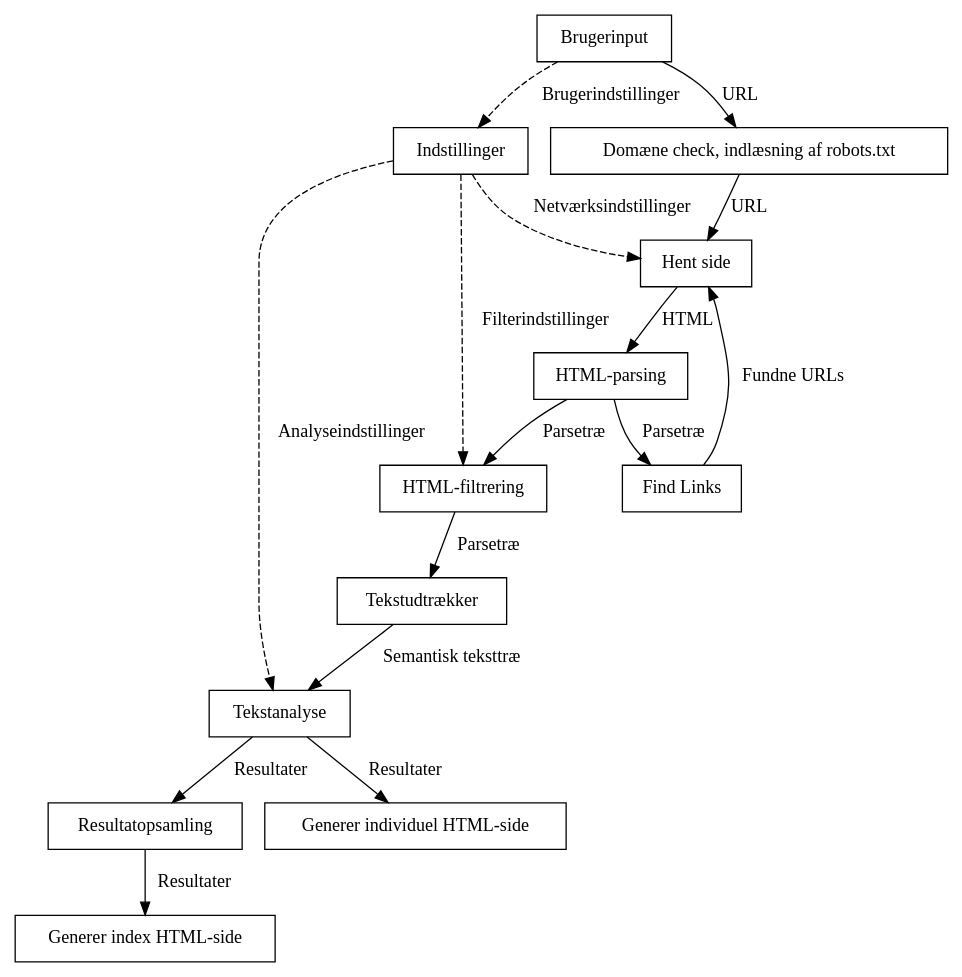
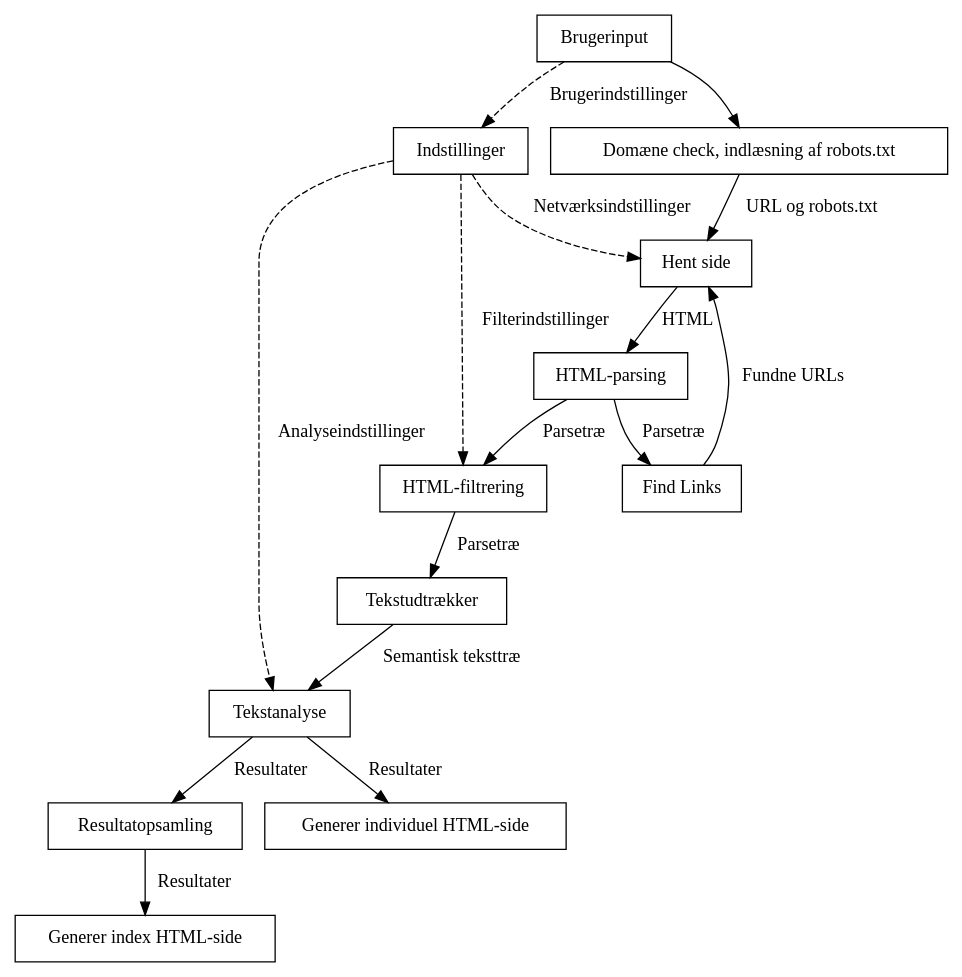
Before and after one commit to athas/webanalyzer: the diagram in rapport/endeligtdesign.dot, drawn with Graphviz. The commit also changed 1 other file, not shown here.

```diff
--- a/rapport/endeligtdesign.dot
+++ b/rapport/endeligtdesign.dot
@@ -1,38 +1,38 @@
 digraph g
 {
 //size="8,11"
 //margin=5
 //rankdir="LR";
 node[shape=box];
 //edge[arrowsize=0.7, len=0.7]
 
 Brugerinput[label="Brugerinput"];
 Indstillinger[label="Indstillinger"];
 ParseSide[label="HTML-parsing"];
 HentSide[label="Hent side"];
 FindLinks[label="Find Links"];
 afHTMLificering[label="Tekstudtrækker"];
 Tekstanalyse[label="Tekstanalyse"]
 HTMLFilter[label="HTML-filtrering"]
-
-Brugerinput -> "Domæne check, indlæsning af robots.txt"
-            -> HentSide [label="URL"];
+DomCheck[label="Domæne check, indlæsning af robots.txt"]
+Brugerinput -> DomCheck
+DomCheck -> HentSide [label="URL og robots.txt"];
 Brugerinput -> Indstillinger [label="Brugerindstillinger", style=dashed];
 
 Indstillinger -> Tekstanalyse [label="Analyseindstillinger", style=dashed];
 Indstillinger -> HentSide [label="Netværksindstillinger", style=dashed];
 Indstillinger -> HTMLFilter [label="Filterindstillinger", style=dashed];
 
 FindLinks -> HentSide [label="Fundne URLs"]
 
 HentSide -> ParseSide [label="HTML"];
 
 
 ParseSide -> HTMLFilter -> afHTMLificering [label="Parsetræ"];
 ParseSide -> FindLinks [label="Parsetræ"]
 
 afHTMLificering -> Tekstanalyse [label="Semantisk teksttræ"];
 Tekstanalyse -> "Resultatopsamling" -> "Generer index HTML-side" [label="Resultater"]
 Tekstanalyse -> "Generer individuel HTML-side" [label="Resultater"]
 
 }
```
